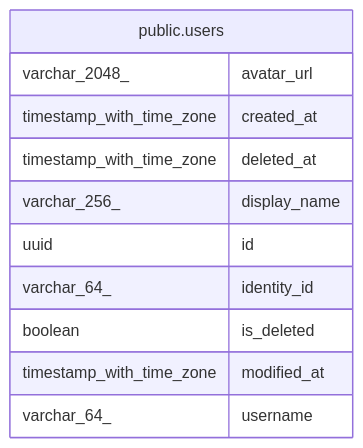
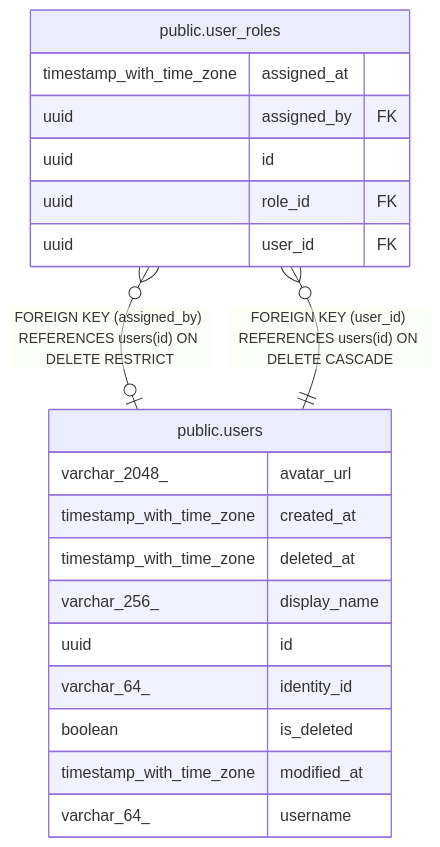
One commit to trduc2712/choco-api changed the diagram in docs/database/public.users.md. Above: the diagram before and after it, drawn with Mermaid. The commit also changed other lines of this file and 69 other files, not shown here.

````diff
--- a/docs/database/public.users.md
+++ b/docs/database/public.users.md
@@ -44,16 +44,25 @@
 ```mermaid
 erDiagram
 
+"public.user_roles" }o--o| "public.users" : "FOREIGN KEY (assigned_by) REFERENCES users(id) ON DELETE RESTRICT"
+"public.user_roles" }o--|| "public.users" : "FOREIGN KEY (user_id) REFERENCES users(id) ON DELETE CASCADE"
 
 "public.users" {
   varchar_2048_ avatar_url
   timestamp_with_time_zone created_at
   timestamp_with_time_zone deleted_at
   varchar_256_ display_name
   uuid id
   varchar_64_ identity_id
   boolean is_deleted
   timestamp_with_time_zone modified_at
   varchar_64_ username
 }
+"public.user_roles" {
+  timestamp_with_time_zone assigned_at
+  uuid assigned_by FK
+  uuid id
+  uuid role_id FK
+  uuid user_id FK
+}
 ```
````
